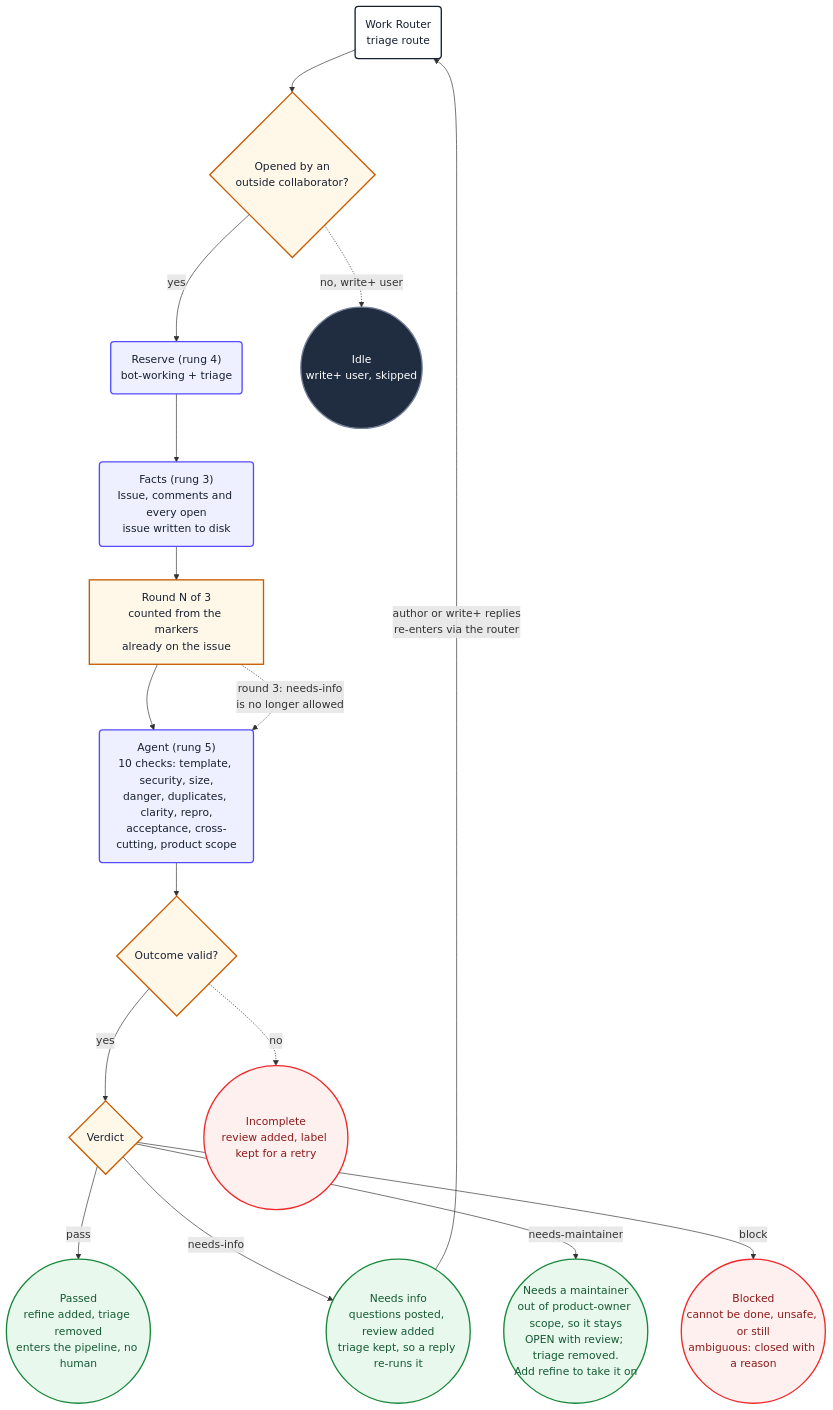
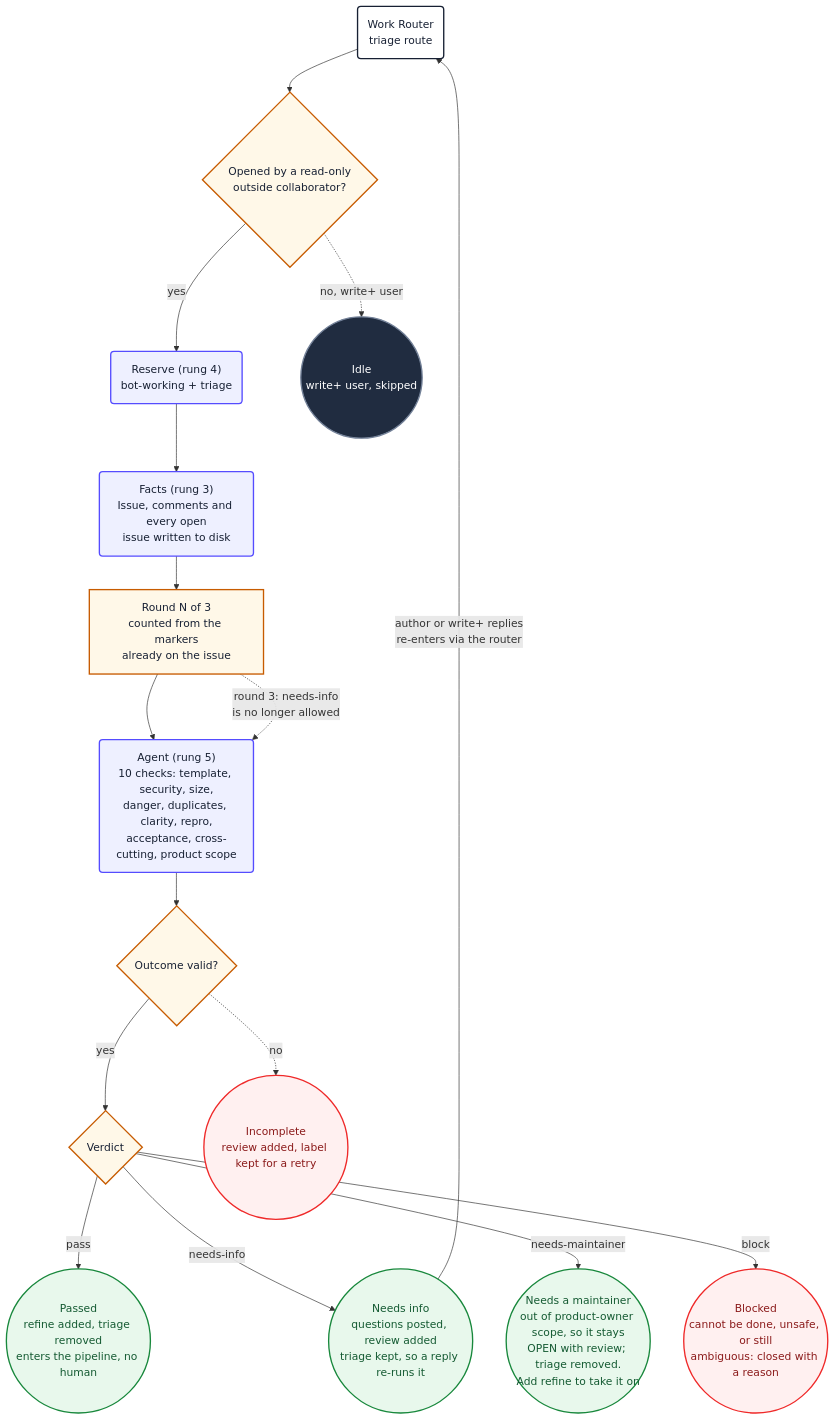
Before and after one commit to PlainConceptsPlatform/agentic-workflows: the third of 13 diagrams in loops/docs/diagrams.md, drawn with Mermaid. The commit also changed other lines of this file and 10 other files, not shown here.

````diff
--- a/loops/docs/diagrams.md
+++ b/loops/docs/diagrams.md
@@ -125,37 +125,37 @@
 ```mermaid
 flowchart TD
     triStart("Work Router<br/>triage route") --> triPick
-    triPick{"Opened by an<br/>outside collaborator?"} -->|yes| triReserve
+    triPick{"Opened by a read-only<br/>outside collaborator?"} -->|yes| triReserve
     triPick -.->|"no, write+ user"| triIdle
     triReserve("Reserve (rung 4)<br/>bot-working + triage") --> triFacts
     triFacts("Facts (rung 3)<br/>Issue, comments and every open<br/>issue written to disk") --> triRound
     triRound["Round N of 3<br/>counted from the markers<br/>already on the issue"] --> triAgent
     triAgent("Agent (rung 5)<br/>10 checks: template, security, size,<br/>danger, duplicates, clarity, repro,<br/>acceptance, cross-cutting, product scope") --> triValidate
     triValidate{"Outcome valid?"} -->|yes| triOutcome
     triValidate -.->|no| triIncomplete
     triOutcome{"Verdict"} -->|pass| triPass
     triOutcome -->|needs-info| triReview
     triOutcome -->|needs-maintainer| triMaintainer
     triOutcome -->|block| triBlocked
     triRound -.->|"round 3: needs-info<br/>is no longer allowed"| triAgent
     triPass(("Passed<br/>refine added, triage removed<br/>enters the pipeline, no human"))
     triReview(("Needs info<br/>questions posted, review added<br/>triage kept, so a reply re-runs it"))
     triReview -->|"author or write+ replies<br/>re-enters via the router"| triStart
     triMaintainer(("Needs a maintainer<br/>out of product-owner scope, so it stays<br/>OPEN with review; triage removed.<br/>Add refine to take it on"))
     triBlocked(("Blocked<br/>cannot be done, unsafe, or still<br/>ambiguous: closed with a reason"))
     triIdle(("Idle<br/>write+ user, skipped"))
     triIncomplete(("Incomplete<br/>review added, label kept for a retry"))
 
     classDef start fill:#ffffff,stroke:#172033,stroke-width:2px,color:#172033
     classDef action fill:#eef0ff,stroke:#554cff,stroke-width:2px,color:#172033
     classDef decision fill:#fff8e8,stroke:#c75b00,stroke-width:2px,color:#172033
     classDef idle fill:#202c40,stroke:#738198,stroke-width:2px,color:#ffffff
     classDef failure fill:#fff0f0,stroke:#ef2929,stroke-width:2px,color:#8b1a1a
     classDef success fill:#e8f8ec,stroke:#18883c,stroke-width:2px,color:#145a32
     class triStart start
     class triReserve,triFacts,triAgent action
     class triPick,triRound,triValidate,triOutcome decision
     class triIdle idle
     class triIncomplete,triBlocked failure
     class triPass,triReview,triMaintainer success
 ```
````
